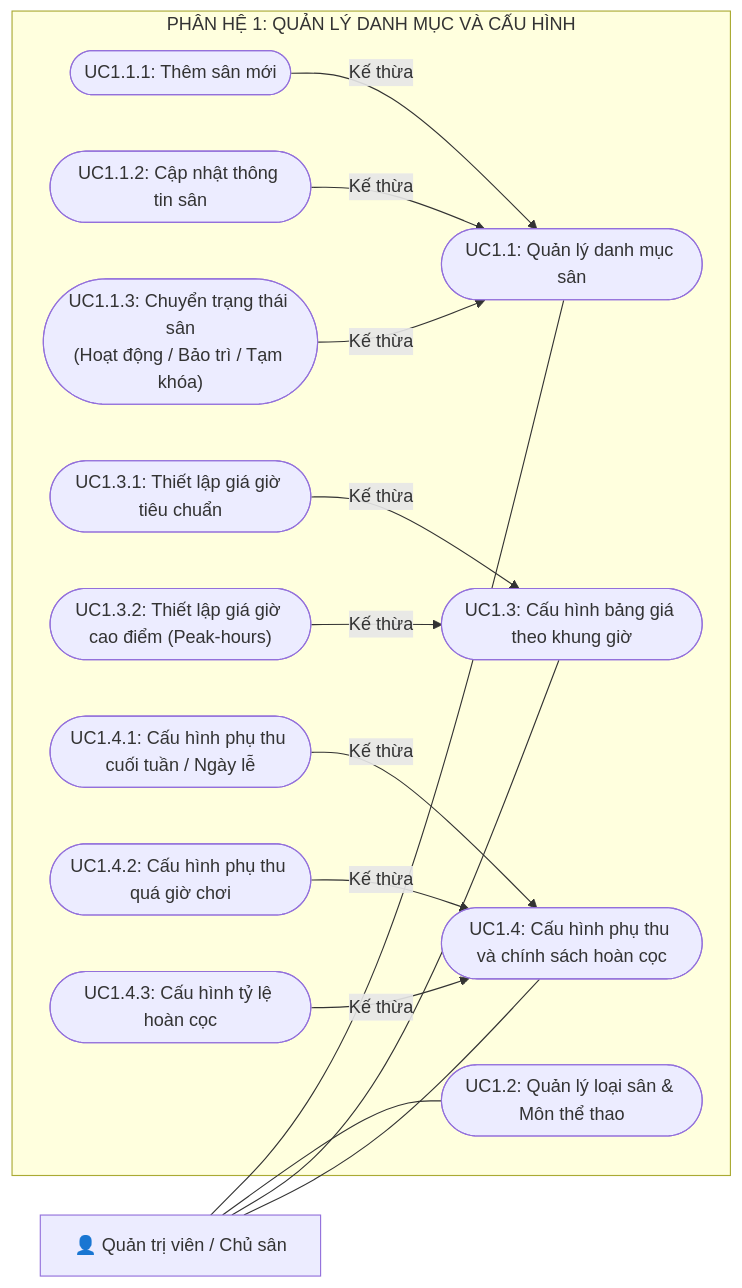
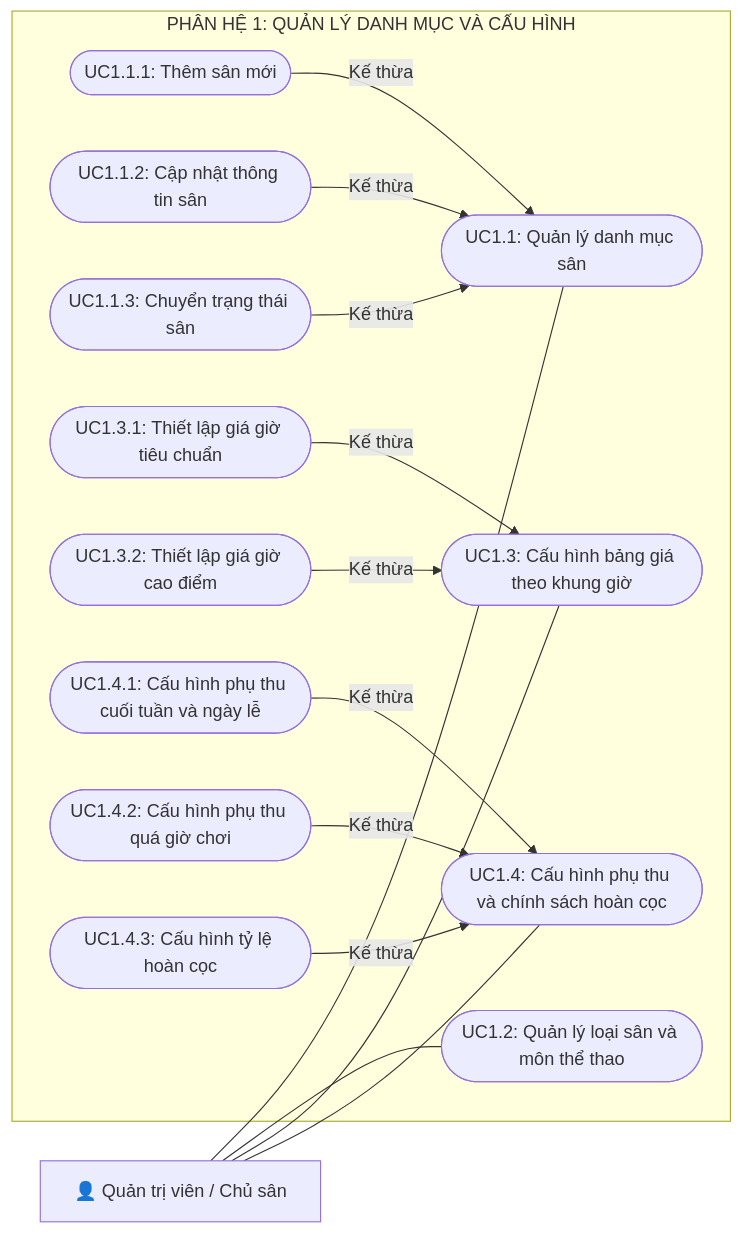
Before and after one commit to nphat-code/DoAn-OOAD-SGU: the third of 7 diagrams in BTH/BTH3_UsecaseDiagram/BTH3_UsecaseDiagram.md, drawn with Mermaid. The commit also changed other lines of this file and 2 other files, not shown here.

````diff
--- a/BTH/BTH3_UsecaseDiagram/BTH3_UsecaseDiagram.md
+++ b/BTH/BTH3_UsecaseDiagram/BTH3_UsecaseDiagram.md
@@ -103,37 +103,37 @@
 ```mermaid
 flowchart LR
     Admin["👤 Quản trị viên / Chủ sân"]
 
     subgraph Subsystem1 ["PHÂN HỆ 1: QUẢN LÝ DANH MỤC VÀ CẤU HÌNH"]
         UC11(["UC1.1: Quản lý danh mục sân"])
         UC111(["UC1.1.1: Thêm sân mới"])
         UC112(["UC1.1.2: Cập nhật thông tin sân"])
-        UC113(["UC1.1.3: Chuyển trạng thái sân<br>(Hoạt động / Bảo trì / Tạm khóa)"])
+        UC113(["UC1.1.3: Chuyển trạng thái sân"])
 
-        UC12(["UC1.2: Quản lý loại sân & Môn thể thao"])
+        UC12(["UC1.2: Quản lý loại sân và môn thể thao"])
         UC13(["UC1.3: Cấu hình bảng giá theo khung giờ"])
         UC131(["UC1.3.1: Thiết lập giá giờ tiêu chuẩn"])
-        UC132(["UC1.3.2: Thiết lập giá giờ cao điểm (Peak-hours)"])
+        UC132(["UC1.3.2: Thiết lập giá giờ cao điểm"])
 
         UC14(["UC1.4: Cấu hình phụ thu và chính sách hoàn cọc"])
-        UC141(["UC1.4.1: Cấu hình phụ thu cuối tuần / Ngày lễ"])
+        UC141(["UC1.4.1: Cấu hình phụ thu cuối tuần và ngày lễ"])
         UC142(["UC1.4.2: Cấu hình phụ thu quá giờ chơi"])
         UC143(["UC1.4.3: Cấu hình tỷ lệ hoàn cọc"])
     end
 
     Admin --- UC11
     Admin --- UC12
     Admin --- UC13
     Admin --- UC14
 
     UC111 -->|Kế thừa| UC11
     UC112 -->|Kế thừa| UC11
     UC113 -->|Kế thừa| UC11
 
     UC131 -->|Kế thừa| UC13
     UC132 -->|Kế thừa| UC13
 
     UC141 -->|Kế thừa| UC14
     UC142 -->|Kế thừa| UC14
     UC143 -->|Kế thừa| UC14
 ```
````
